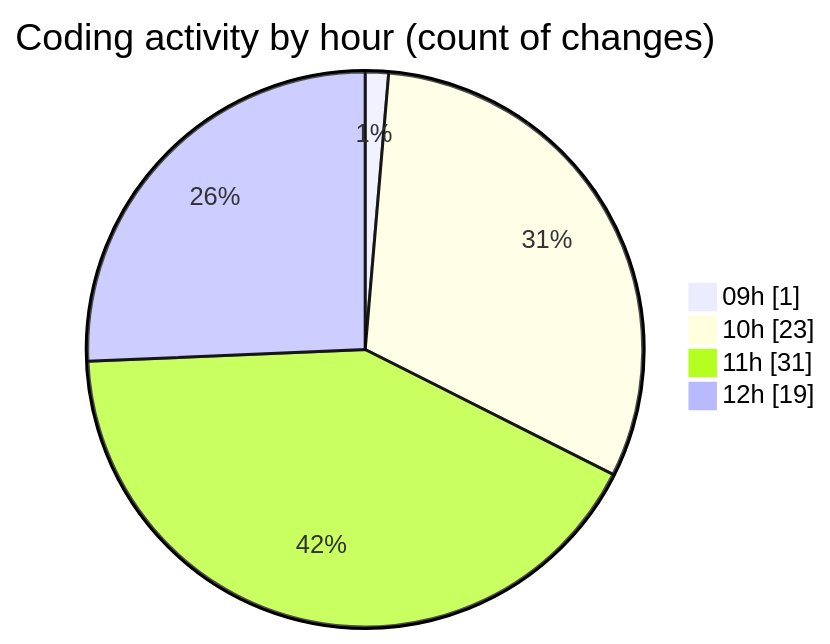
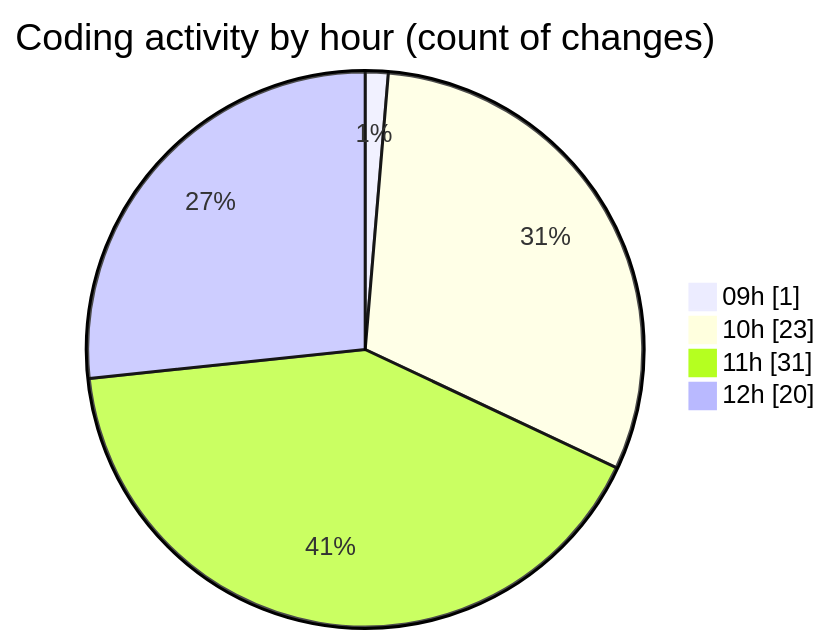
The second of 2 diagrams in 2026-10-20/cda/README.md (momahboobian/code-tracking), drawn with Mermaid before and after one commit. The commit also changed other lines of this file and 1 other file, not shown here.

````diff
--- a/2026-10-20/cda/README.md
+++ b/2026-10-20/cda/README.md
@@ -41,8 +41,8 @@
 ```mermaid
 pie showData
 title Coding activity by hour (count of changes)
 "09h" : 1
 "10h" : 23
 "11h" : 31
-"12h" : 19
+"12h" : 20
 ```
````
